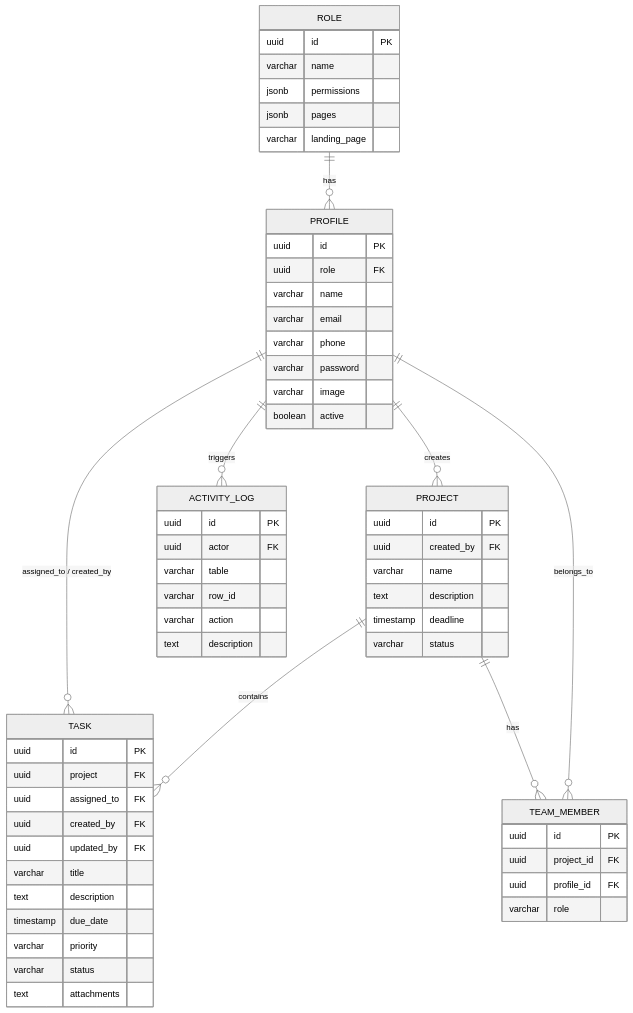
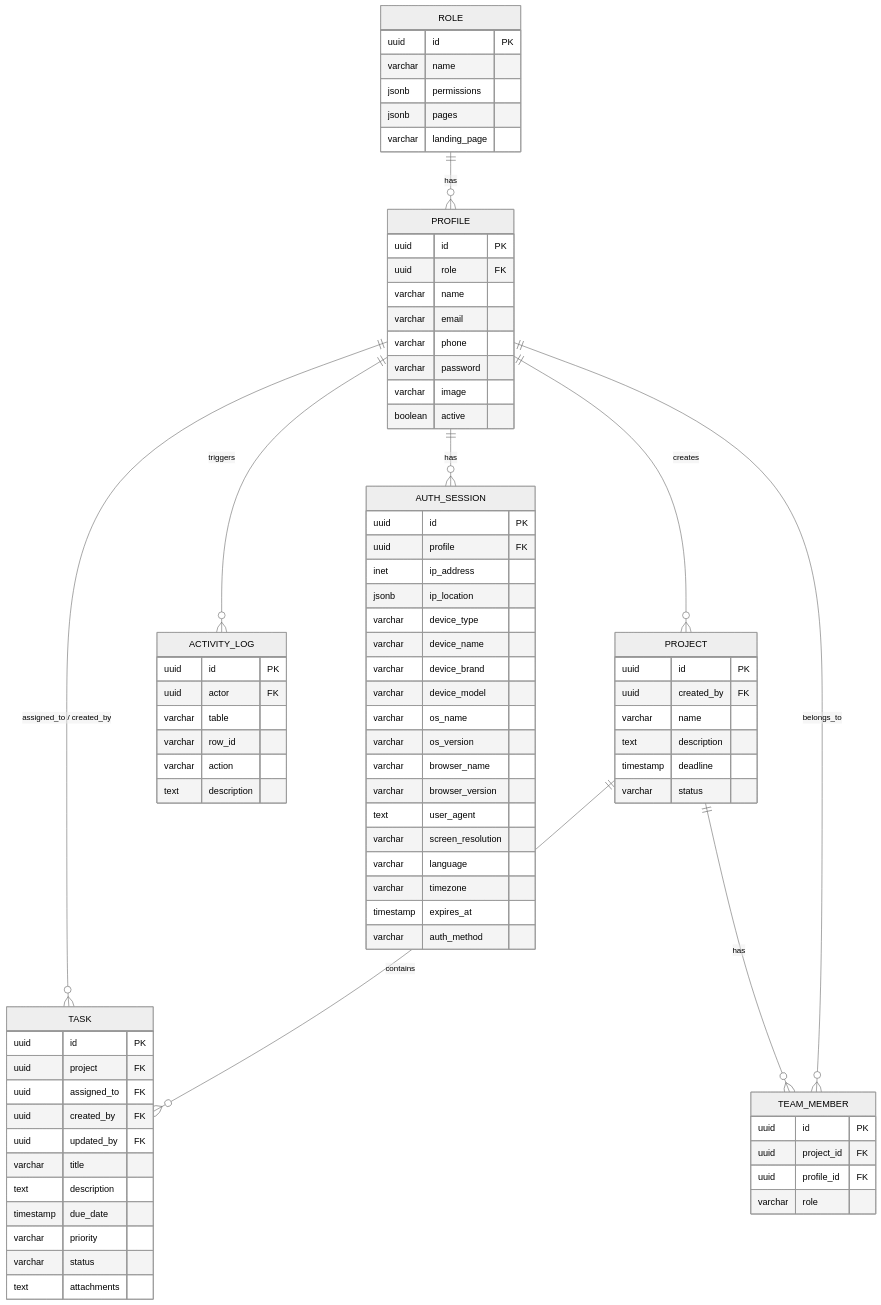
The second of 2 diagrams in README.md (ahsanulhoqueabir/kolab), drawn with Mermaid (neutral theme) before and after one commit. The commit also changed other lines of this file, not shown here.

````diff
--- a/README.md
+++ b/README.md
@@ -268,6 +303,7 @@
     PROJECT ||--o{ TEAM_MEMBER : "has"
     PROFILE ||--o{ TEAM_MEMBER : "belongs_to"
     PROFILE ||--o{ ACTIVITY_LOG : "triggers"
+    PROFILE ||--o{ AUTH_SESSION : "has"
 
     ROLE {
         uuid id PK
@@ -326,4 +362,25 @@
         varchar action
         text description
     }
+
+    AUTH_SESSION {
+        uuid id PK
+        uuid profile FK
+        inet ip_address
+        jsonb ip_location
+        varchar device_type
+        varchar device_name
+        varchar device_brand
+        varchar device_model
+        varchar os_name
+        varchar os_version
+        varchar browser_name
+        varchar browser_version
+        text user_agent
+        varchar screen_resolution
+        varchar language
+        varchar timezone
+        timestamp expires_at
+        varchar auth_method
+    }
 ```
````
